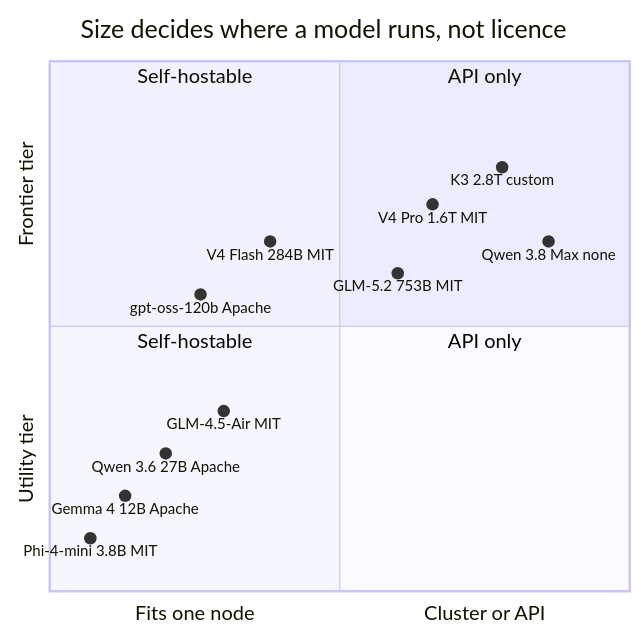
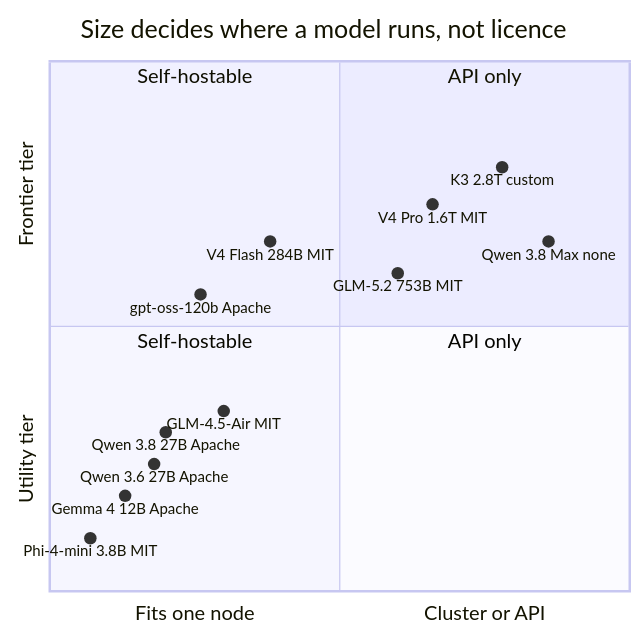
The diagram in diagrams/src/task-to-model-quadrant.mmd (mlvpatel/open-weight-agent-stack), drawn with Mermaid before and after one commit. The commit also changed 56 other files, not shown here.

```diff
--- a/diagrams/src/task-to-model-quadrant.mmd
+++ b/diagrams/src/task-to-model-quadrant.mmd
@@ -1,18 +1,19 @@
 quadrantChart
     title Size decides where a model runs, not licence
     x-axis "Fits one node" --> "Cluster or API"
     y-axis "Utility tier" --> "Frontier tier"
     quadrant-1 "API only"
     quadrant-2 "Self-hostable"
     quadrant-3 "Self-hostable"
     quadrant-4 "API only"
     "K3 2.8T custom": [0.78, 0.80]
     "Qwen 3.8 Max none": [0.86, 0.66]
     "V4 Pro 1.6T MIT": [0.66, 0.73]
     "GLM-5.2 753B MIT": [0.60, 0.60]
     "V4 Flash 284B MIT": [0.38, 0.66]
     "gpt-oss-120b Apache": [0.26, 0.56]
     "GLM-4.5-Air MIT": [0.30, 0.34]
-    "Qwen 3.6 27B Apache": [0.20, 0.26]
+    "Qwen 3.8 27B Apache": [0.20, 0.30]
+    "Qwen 3.6 27B Apache": [0.18, 0.24]
     "Gemma 4 12B Apache": [0.13, 0.18]
     "Phi-4-mini 3.8B MIT": [0.07, 0.10]
```
